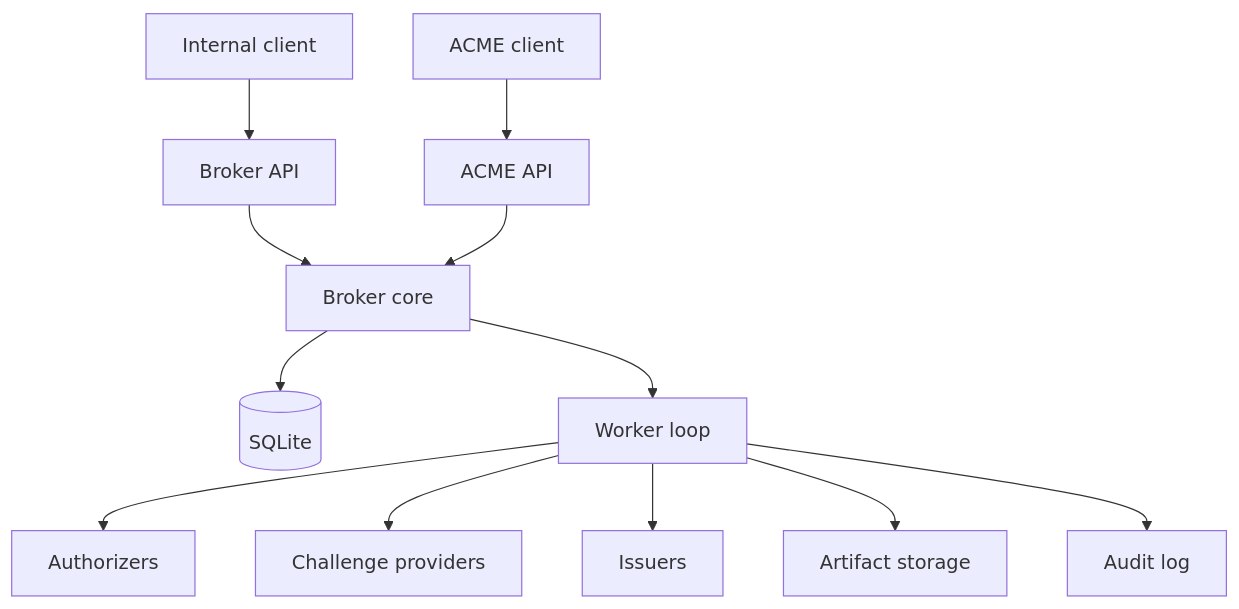
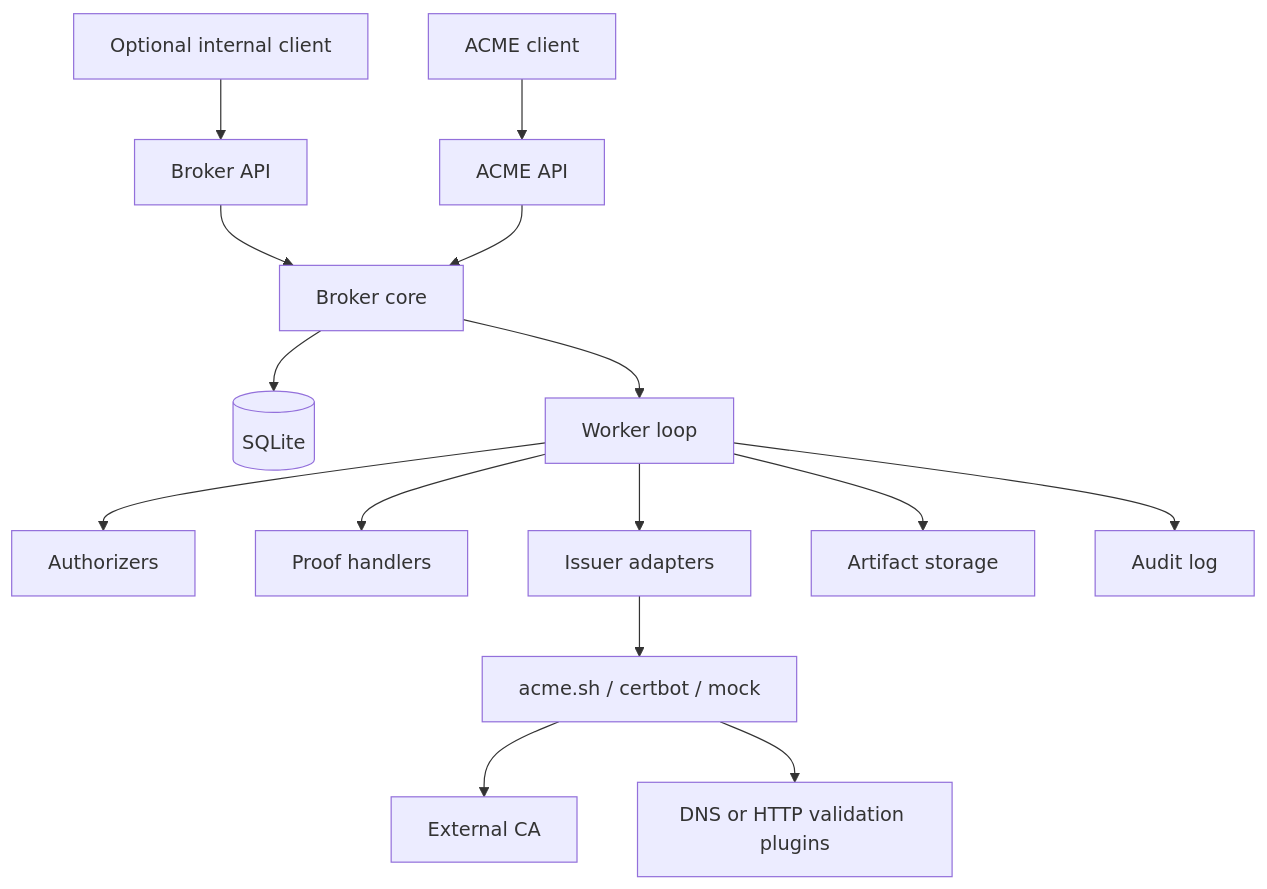
Before and after one commit to rohzb/acmed: the first of 2 diagrams in docs/architecture.md, drawn with Mermaid. The commit also changed other lines of this file and 11 other files, not shown here.

````diff
--- a/docs/architecture.md
+++ b/docs/architecture.md
@@ -87,14 +105,17 @@
 ```mermaid
 graph TD
   ACMEClient[ACME client] --> ACME[ACME API]
-  Client[Internal client] --> BrokerAPI[Broker API]
+  Client[Optional internal client] --> BrokerAPI[Broker API]
   BrokerAPI --> Core[Broker core]
   ACME --> Core
   Core --> DB[(SQLite)]
   Core --> Worker[Worker loop]
   Worker --> Authorizers[Authorizers]
-  Worker --> Challenges[Challenge providers]
-  Worker --> Issuers[Issuers]
+  Worker --> Proofs[Proof handlers]
+  Worker --> Issuers[Issuer adapters]
+  Issuers --> Tools[acme.sh / certbot / mock]
+  Tools --> ExtCA[External CA]
+  Tools --> ExtAuth[DNS or HTTP validation plugins]
   Worker --> Artifacts[Artifact storage]
   Worker --> Audit[Audit log]
 ```
````
